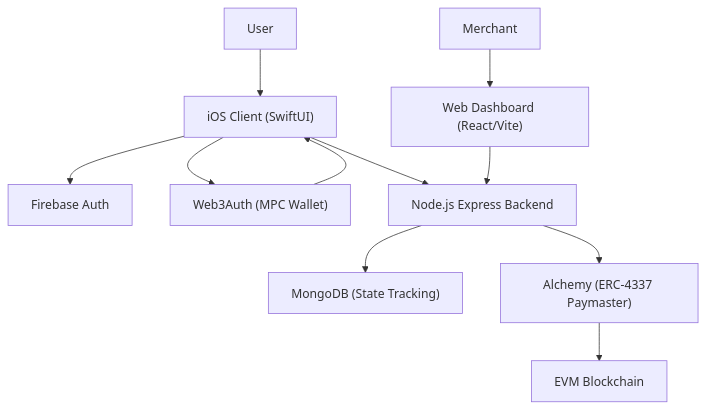
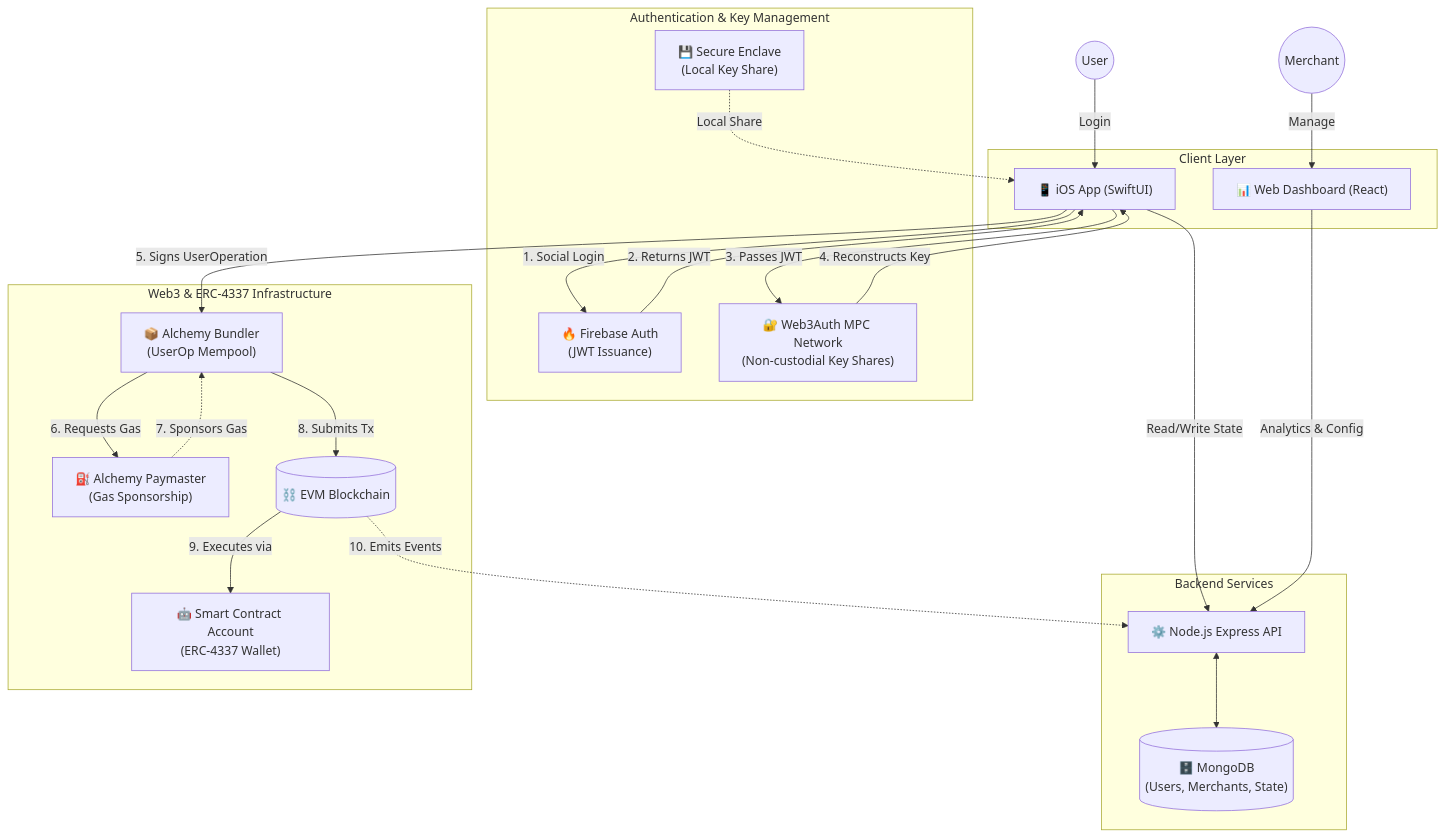
The diagram in README.md (anindya-mukhopadhyay/PulsePay), drawn with Mermaid before and after one commit. The commit also changed other lines of this file and 1 other file, not shown here.

Commit message:
docs: enhance architecture diagram with more detail

````diff
--- a/README.md
+++ b/README.md
@@ -40,16 +42,51 @@
 ```mermaid
-flowchart TD
-  User["User"] --> iOS["iOS Client (SwiftUI)"]
-  Merchant["Merchant"] --> Dashboard["Web Dashboard (React/Vite)"]
-  
-  iOS --> Auth["Firebase Auth"]
-  iOS --> Web3Auth["Web3Auth (MPC Wallet)"]
-  iOS --> API["Node.js Express Backend"]
-  Dashboard --> API
-  
-  API --> Mongo["MongoDB (State Tracking)"]
-  API --> Alchemy["Alchemy (ERC-4337 Paymaster)"]
-  
-  Alchemy --> Blockchain["EVM Blockchain"]
-  Web3Auth --> iOS
+flowchart TB
+    subgraph Client ["Client Layer"]
+        iOS["📱 iOS App (SwiftUI)"]
+        Dashboard["📊 Web Dashboard (React)"]
+    end
+
+    subgraph AuthLayer ["Authentication & Key Management"]
+        Firebase["🔥 Firebase Auth\n(JWT Issuance)"]
+        Web3Auth["🔐 Web3Auth MPC Network\n(Non-custodial Key Shares)"]
+        KeyStore["💾 Secure Enclave\n(Local Key Share)"]
+    end
+
+    subgraph BackendLayer ["Backend Services"]
+        API["⚙️ Node.js Express API"]
+        Mongo[("🗄️ MongoDB\n(Users, Merchants, State)")]
+    end
+
+    subgraph Web3Layer ["Web3 & ERC-4337 Infrastructure"]
+        Bundler["📦 Alchemy Bundler\n(UserOp Mempool)"]
+        Paymaster["⛽ Alchemy Paymaster\n(Gas Sponsorship)"]
+        SmartAccount["🤖 Smart Contract Account\n(ERC-4337 Wallet)"]
+        Blockchain[("⛓️ EVM Blockchain")]
+    end
+
+    %% User interactions
+    User((User)) -->|Login| iOS
+    Merchant((Merchant)) -->|Manage| Dashboard
+
+    %% Auth Flow
+    iOS -->|1. Social Login| Firebase
+    Firebase -->|2. Returns JWT| iOS
+    iOS -->|3. Passes JWT| Web3Auth
+    Web3Auth -->|4. Reconstructs Key| iOS
+    KeyStore -.->|Local Share| iOS
+
+    %% API Interactions
+    iOS -->|Read/Write State| API
+    Dashboard -->|Analytics & Config| API
+    API <--> Mongo
+
+    %% Transaction Flow
+    iOS -->|5. Signs UserOperation| Bundler
+    Bundler -->|6. Requests Gas| Paymaster
+    Paymaster -.->|7. Sponsors Gas| Bundler
+    Bundler -->|8. Submits Tx| Blockchain
+    Blockchain -->|9. Executes via| SmartAccount
+    
+    %% Relayer indexing
+    Blockchain -.->|10. Emits Events| API
 ```
````
